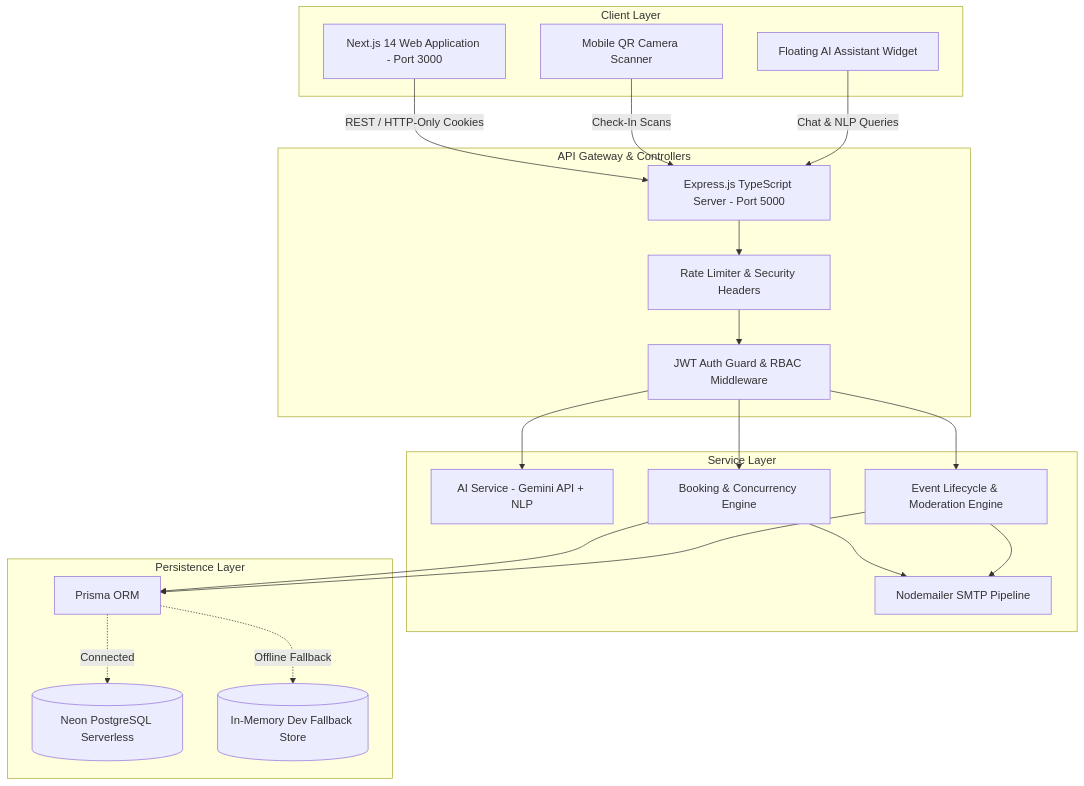
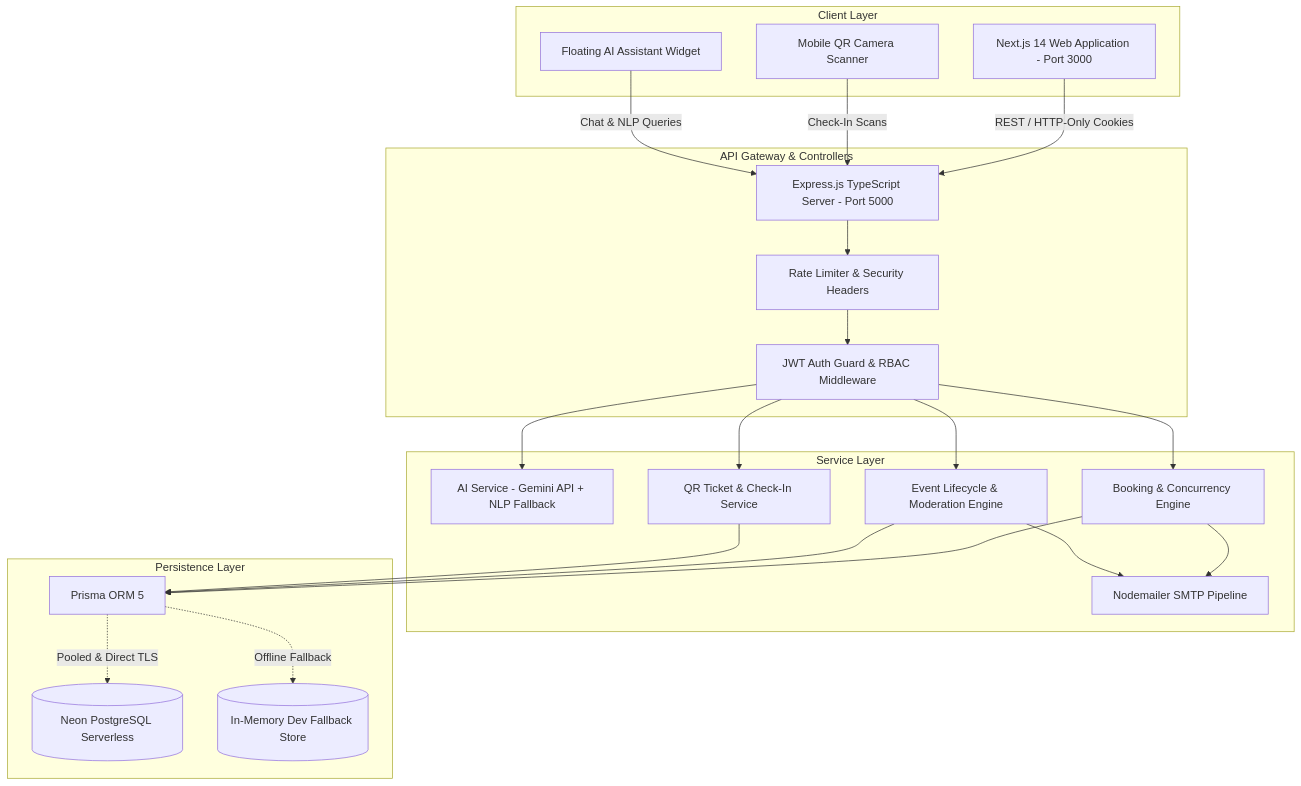
The first of 2 diagrams in README.md (meiyarasam/eventra-event-booking), drawn with Mermaid before and after one commit. The commit also changed other lines of this file and 5 other files, not shown here.

````diff
--- a/README.md
+++ b/README.md
@@ -182,41 +152,44 @@
 ```mermaid
 flowchart TD
     subgraph Client Layer
         Web[Next.js 14 Web Application - Port 3000]
         Scanner[Mobile QR Camera Scanner]
         AIWidget[Floating AI Assistant Widget]
     end
 
     subgraph API Gateway & Controllers
         API[Express.js TypeScript Server - Port 5000]
         AuthGuard[JWT Auth Guard & RBAC Middleware]
         RateLimit[Rate Limiter & Security Headers]
     end
 
     subgraph Service Layer
-        AIService[AI Service - Gemini API + NLP]
+        AIService[AI Service - Gemini API + NLP Fallback]
         BookingService[Booking & Concurrency Engine]
         EmailService[Nodemailer SMTP Pipeline]
         EventService[Event Lifecycle & Moderation Engine]
+        TicketService[QR Ticket & Check-In Service]
     end
 
     subgraph Persistence Layer
-        Prisma[Prisma ORM]
+        Prisma[Prisma ORM 5]
         PostgreSQL[(Neon PostgreSQL Serverless)]
         DevStore[(In-Memory Dev Fallback Store)]
     end
 
     Web -->|REST / HTTP-Only Cookies| API
     Scanner -->|Check-In Scans| API
     AIWidget -->|Chat & NLP Queries| API
     API --> RateLimit --> AuthGuard
     AuthGuard --> AIService
     AuthGuard --> BookingService
     AuthGuard --> EventService
+    AuthGuard --> TicketService
     BookingService --> EmailService
     EventService --> EmailService
     BookingService --> Prisma
     EventService --> Prisma
-    Prisma -.->|Connected| PostgreSQL
+    TicketService --> Prisma
+    Prisma -.->|Pooled & Direct TLS| PostgreSQL
     Prisma -.->|Offline Fallback| DevStore
 ```
````
